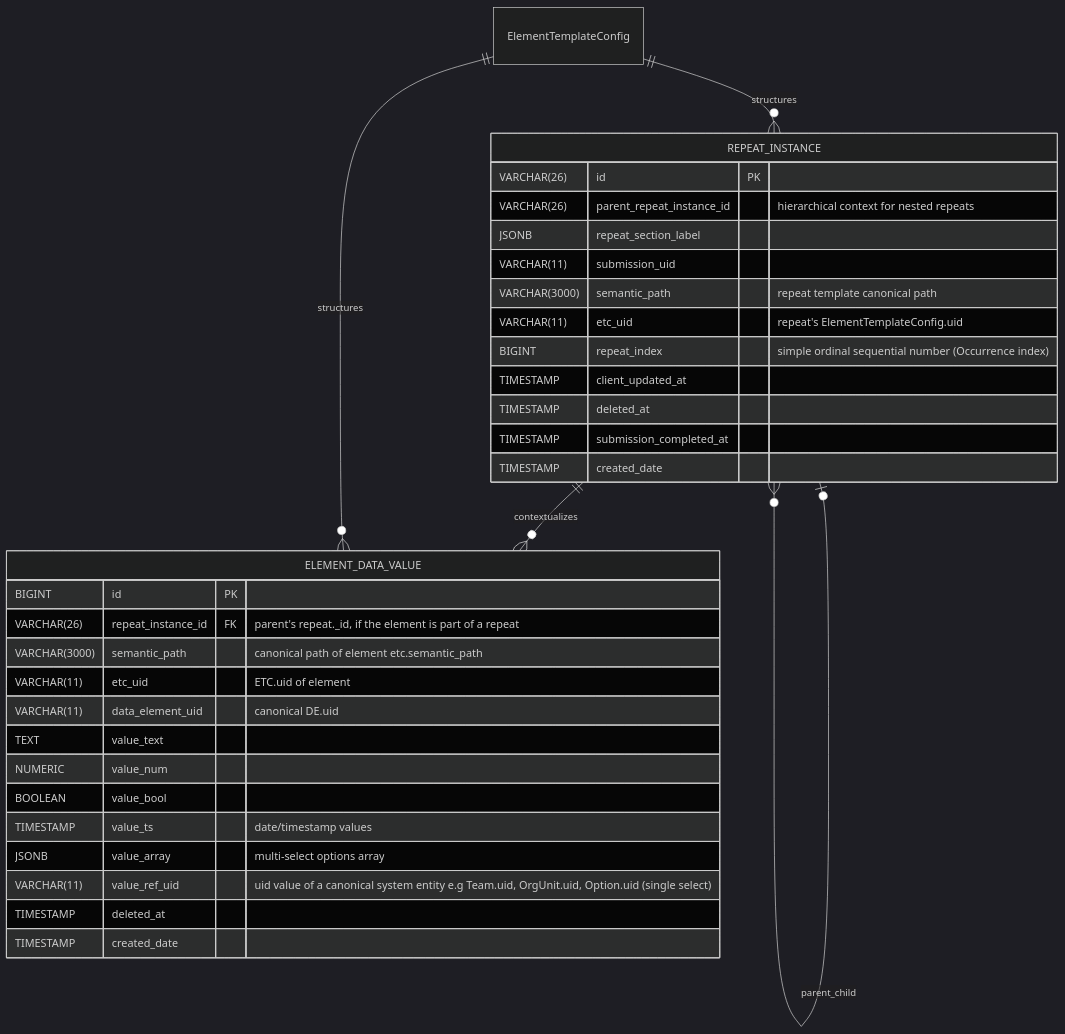
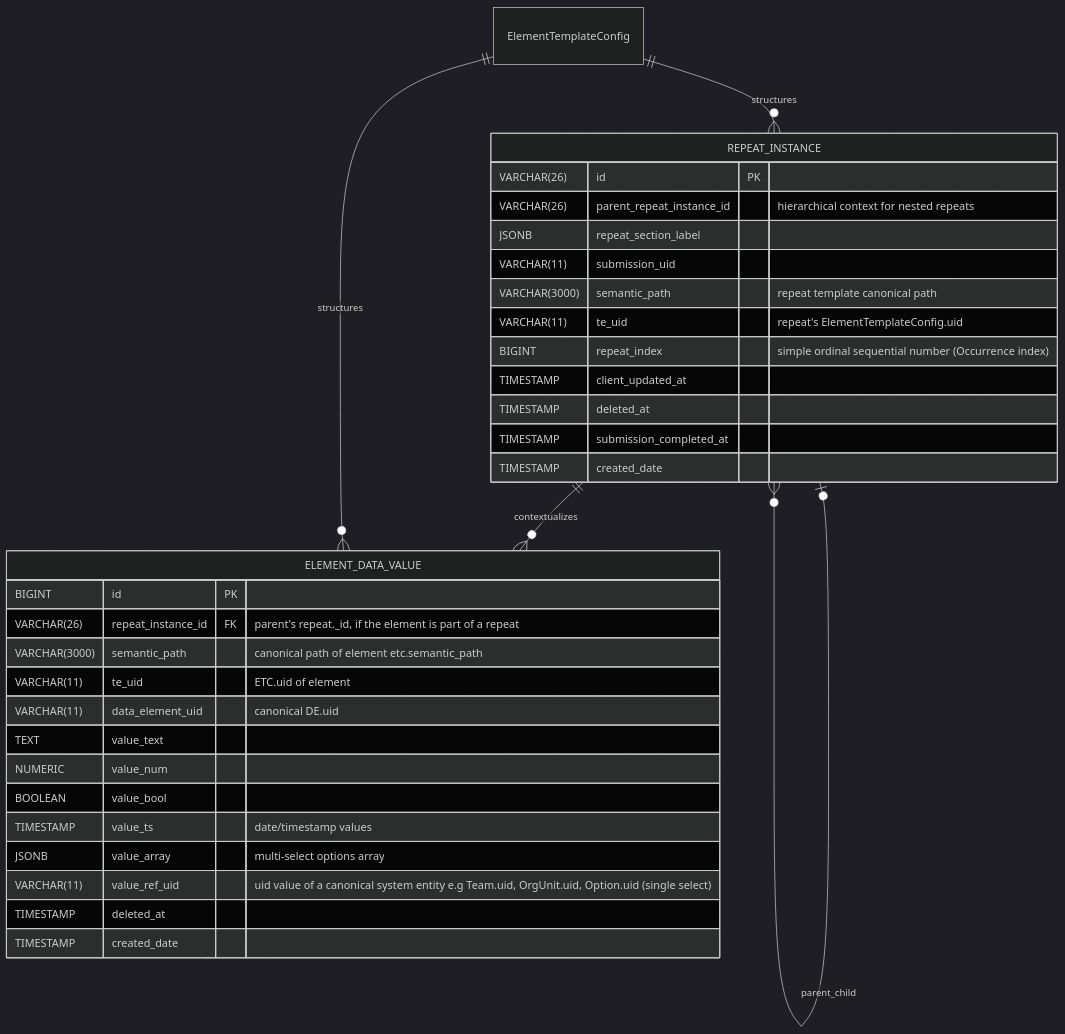
One commit to DataRun-ye/data-run-api changed the fifth of 5 diagrams in brainstorming-notes/datarun-analytics-grid/001-initial-project-status.md. Above: the diagram before and after it, drawn with Mermaid (dark theme). The commit also changed 73 other files, not shown here.

````diff
--- a/brainstorming-notes/datarun-analytics-grid/001-initial-project-status.md
+++ b/brainstorming-notes/datarun-analytics-grid/001-initial-project-status.md
@@ -341,37 +341,37 @@
 ```mermaid
 erDiagram
     REPEAT_INSTANCE {
         VARCHAR(26) id PK
         VARCHAR(26) parent_repeat_instance_id "hierarchical context for nested repeats"
         JSONB repeat_section_label
         VARCHAR(11) submission_uid
         VARCHAR(3000) semantic_path "repeat template canonical path"
-        VARCHAR(11) etc_uid "repeat's ElementTemplateConfig.uid"
+        VARCHAR(11) te_uid "repeat's ElementTemplateConfig.uid"
         BIGINT repeat_index "simple ordinal sequential number (Occurrence index)"
         TIMESTAMP client_updated_at
         TIMESTAMP deleted_at
         TIMESTAMP submission_completed_at
         TIMESTAMP created_date
     }
 
     ELEMENT_DATA_VALUE {
         BIGINT id PK
         VARCHAR(26) repeat_instance_id FK "parent's repeat._id, if the element is part of a repeat"
         VARCHAR(3000) semantic_path "canonical path of element etc.semantic_path"
-        VARCHAR(11) etc_uid "ETC.uid of element"
+        VARCHAR(11) te_uid "ETC.uid of element"
         VARCHAR(11) data_element_uid "canonical DE.uid"
         TEXT value_text
         NUMERIC value_num
         BOOLEAN value_bool
         TIMESTAMP value_ts "date/timestamp values"
         JSONB value_array "multi-select options array"
         VARCHAR(11) value_ref_uid "uid value of a canonical system entity e.g Team.uid, OrgUnit.uid, Option.uid (single select)"
         TIMESTAMP deleted_at
         TIMESTAMP created_date
     }
 
     REPEAT_INSTANCE |o--o{ REPEAT_INSTANCE: parent_child
     REPEAT_INSTANCE ||--o{ ELEMENT_DATA_VALUE: contextualizes
     ElementTemplateConfig ||--o{ ELEMENT_DATA_VALUE: structures
     ElementTemplateConfig ||--o{ REPEAT_INSTANCE: structures
 ```
````
